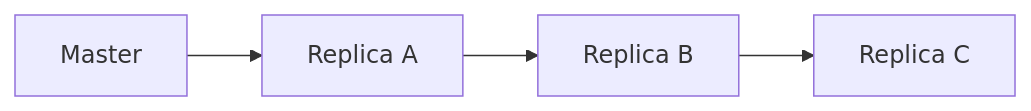
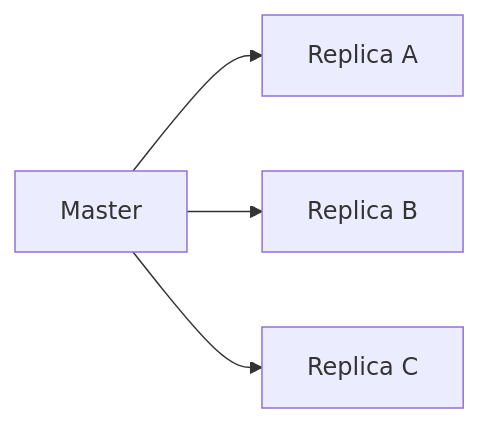
One commit to yjkim2015/yjkim2015.github.io changed the fifth of 9 diagrams in _posts/redis/2026-05-01-redis-replication.md. Above: the diagram before and after it, drawn with Mermaid. The commit also changed other lines of this file and 122 other files, not shown here.

````diff
--- a/_posts/redis/2026-05-01-redis-replication.md
+++ b/_posts/redis/2026-05-01-redis-replication.md
@@ -137,6 +130,6 @@
 ```mermaid
 graph LR
-    M[Master] --> RA[Replica A]
-    RA --> RB[Replica B]
-    RB --> RC[Replica C]
+    M["Master"] --> RA["Replica A"]
+    M --> RB["Replica B"]
+    M --> RC["Replica C"]
 ```
````
